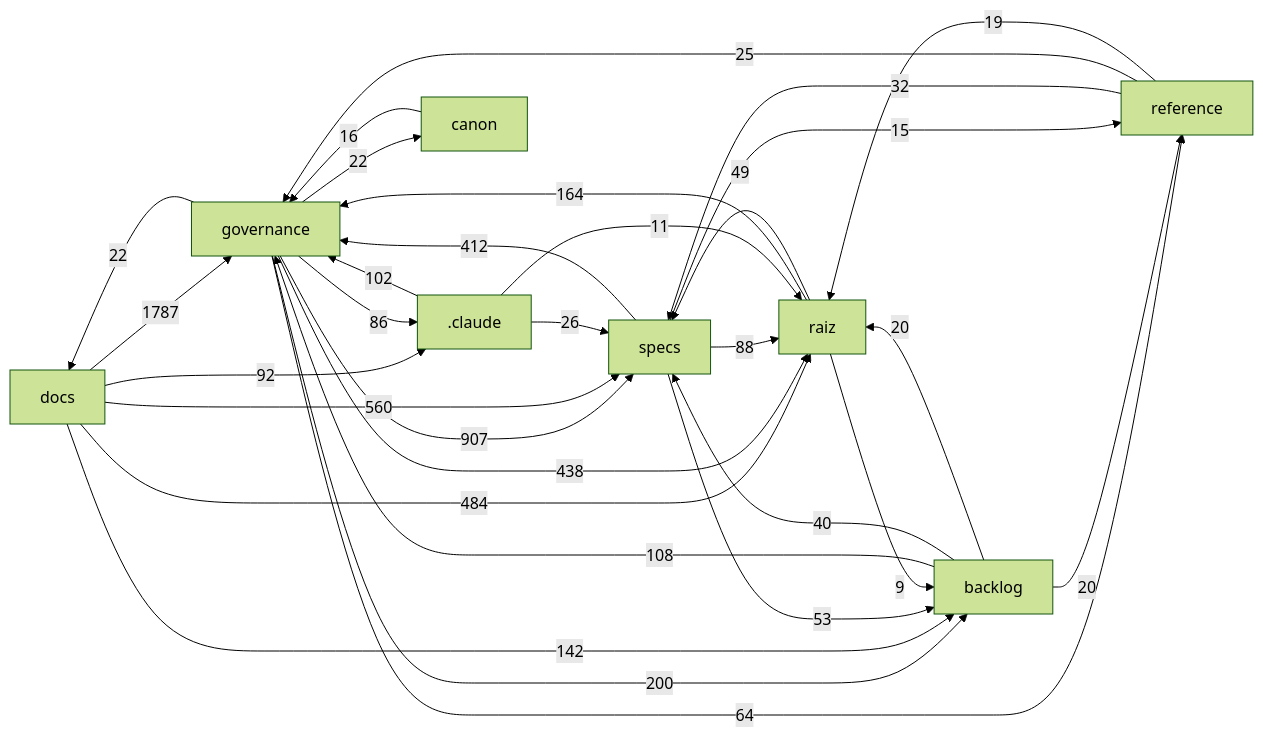
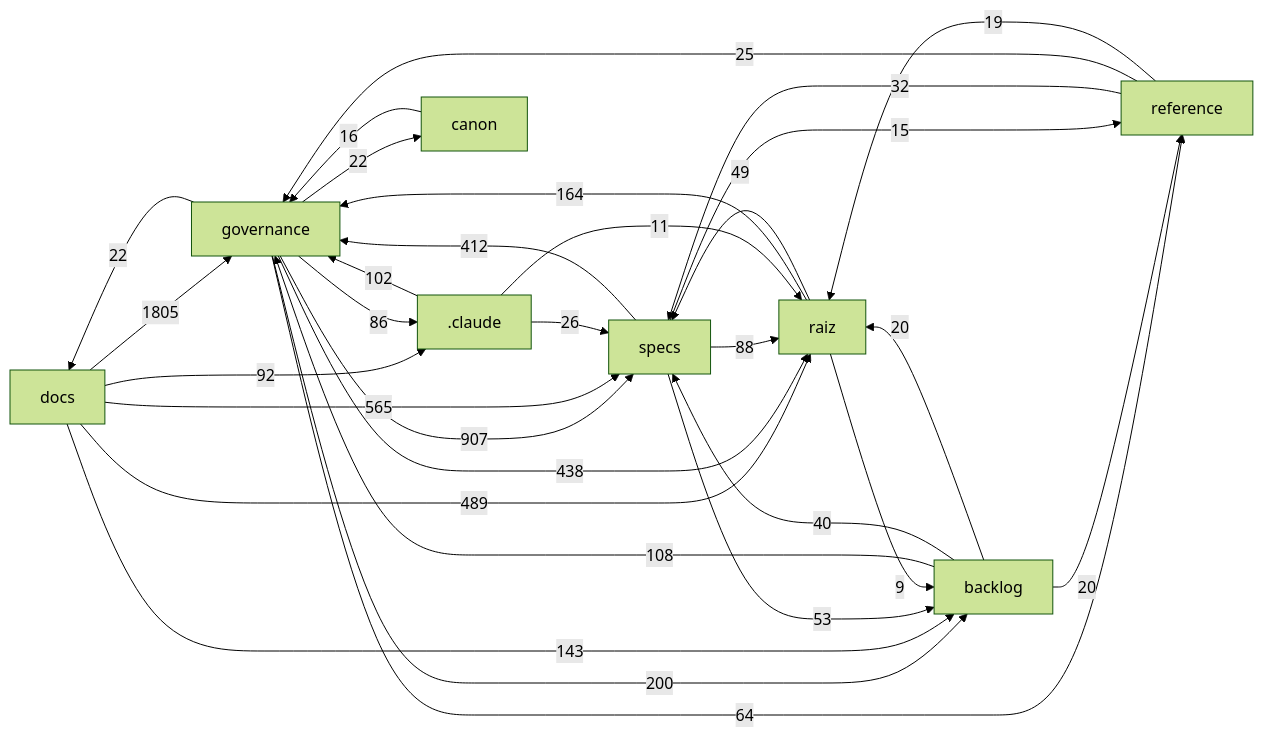
One commit to Andraus35/Sistema-Operacional-de-Trading--SOT changed the diagram in docs/mapa/MAPA-PROJETO.md. Above: the diagram before and after it, drawn with Mermaid (forest theme). The commit also changed other lines of this file and 3 other files, not shown here.

````diff
--- a/docs/mapa/MAPA-PROJETO.md
+++ b/docs/mapa/MAPA-PROJETO.md
@@ -29,33 +29,33 @@
 ```mermaid
 flowchart LR
-  docs["docs"] -->|1787| governance["governance"]
+  docs["docs"] -->|1805| governance["governance"]
   governance["governance"] -->|907| specs["specs"]
-  docs["docs"] -->|560| specs["specs"]
-  docs["docs"] -->|484| raiz["raiz"]
+  docs["docs"] -->|565| specs["specs"]
+  docs["docs"] -->|489| raiz["raiz"]
   governance["governance"] -->|438| raiz["raiz"]
   specs["specs"] -->|412| governance["governance"]
   governance["governance"] -->|200| backlog["backlog"]
   raiz["raiz"] -->|164| governance["governance"]
-  docs["docs"] -->|142| backlog["backlog"]
+  docs["docs"] -->|143| backlog["backlog"]
   backlog["backlog"] -->|108| governance["governance"]
   _claude[".claude"] -->|102| governance["governance"]
   docs["docs"] -->|92| _claude[".claude"]
   specs["specs"] -->|88| raiz["raiz"]
   governance["governance"] -->|86| _claude[".claude"]
   governance["governance"] -->|64| reference["reference"]
   specs["specs"] -->|53| backlog["backlog"]
   raiz["raiz"] -->|49| specs["specs"]
   backlog["backlog"] -->|40| specs["specs"]
   reference["reference"] -->|32| specs["specs"]
   _claude[".claude"] -->|26| specs["specs"]
   reference["reference"] -->|25| governance["governance"]
   governance["governance"] -->|22| docs["docs"]
   governance["governance"] -->|22| canon["canon"]
   backlog["backlog"] -->|20| raiz["raiz"]
   backlog["backlog"] -->|20| reference["reference"]
   reference["reference"] -->|19| raiz["raiz"]
   canon["canon"] -->|16| governance["governance"]
   specs["specs"] -->|15| reference["reference"]
   _claude[".claude"] -->|11| raiz["raiz"]
   raiz["raiz"] -->|9| backlog["backlog"]
 ```
````
